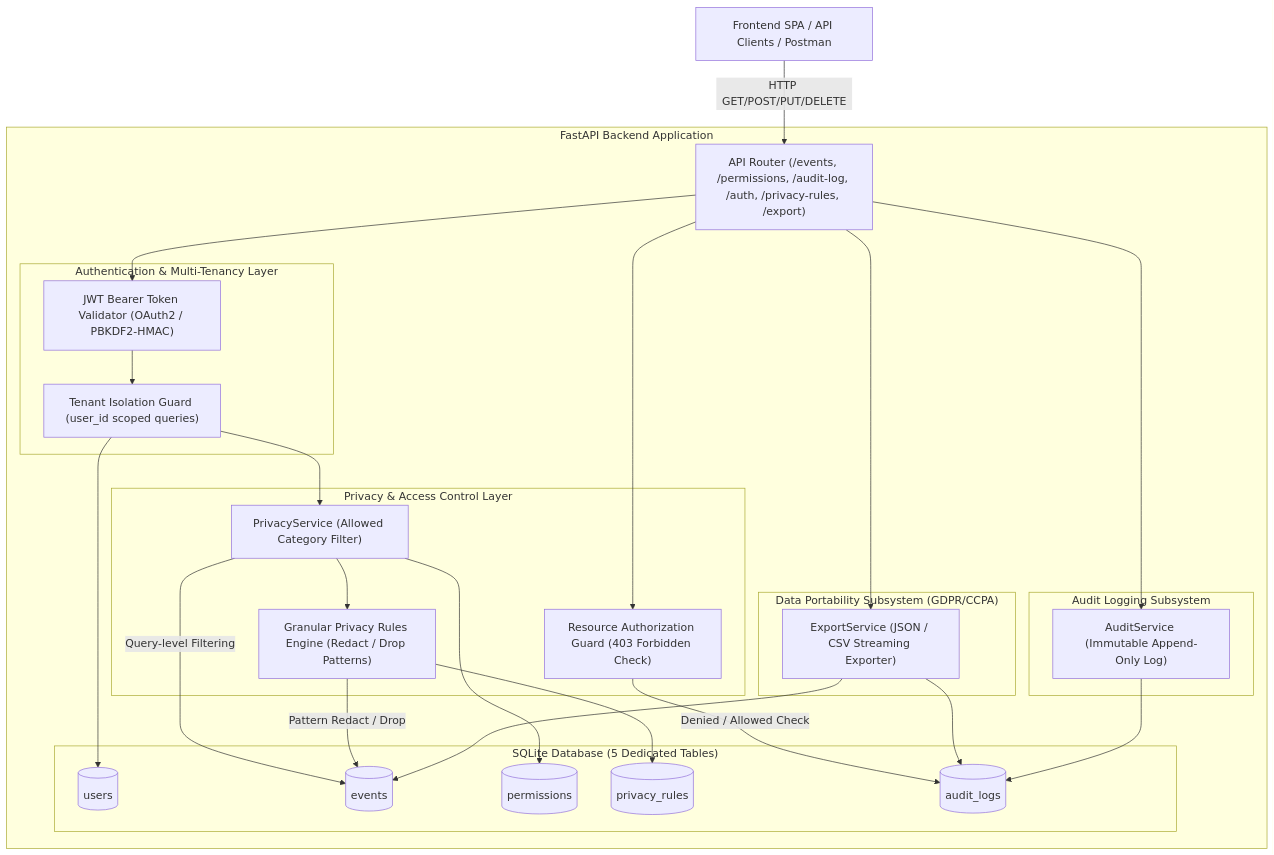
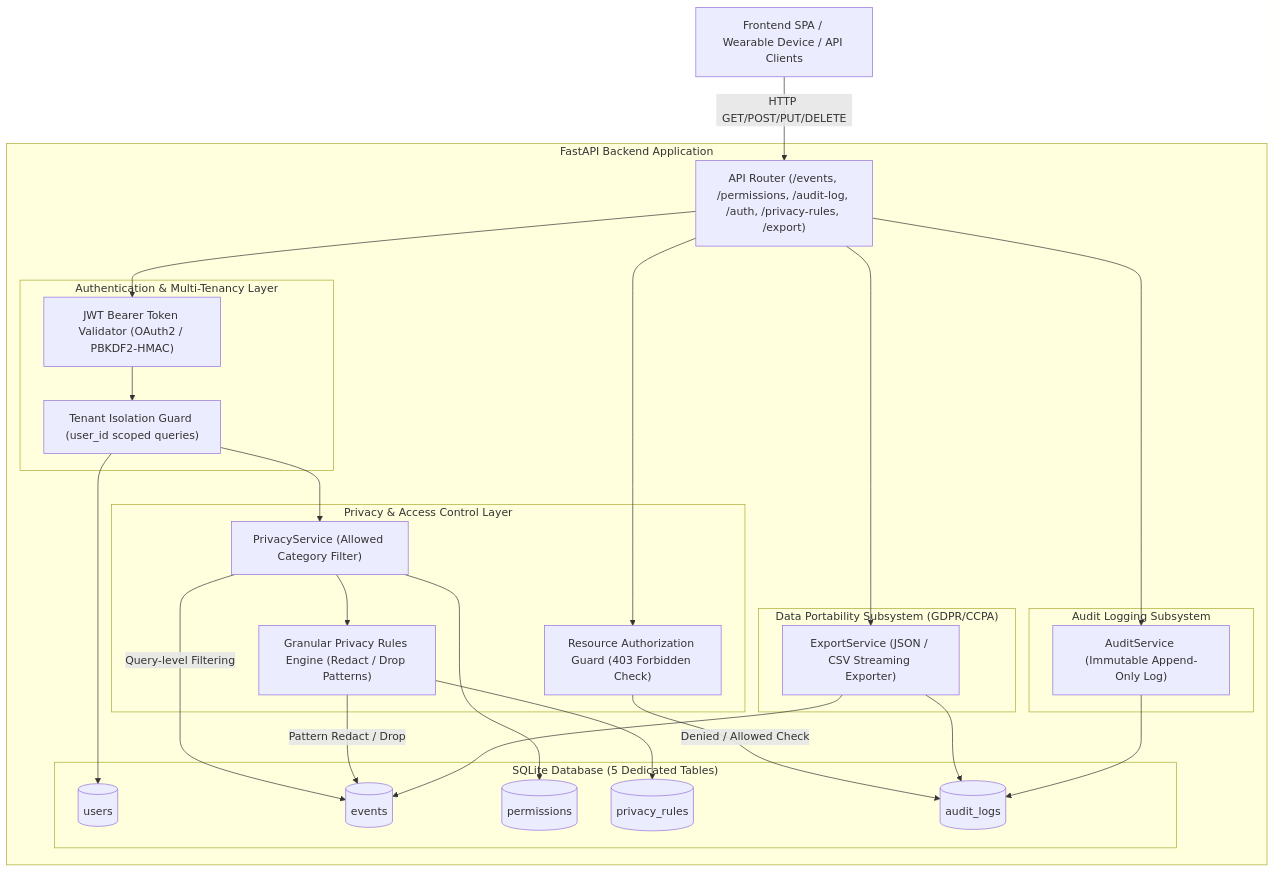
The diagram in README.md (RamanujAgrawal/Mini-Privacy-Aware-Memory-Timeline), drawn with Mermaid before and after one commit. The commit also changed other lines of this file and 12 other files, not shown here.

Commit message:
refactor: humanize code comments, add architectural explanations and edge-case documentation across backend services and readme

````diff
--- a/README.md
+++ b/README.md
@@ -9,53 +21,53 @@
 ```mermaid
 flowchart TD
-    Client["Frontend SPA / API Clients / Postman"]
+    Client["Frontend SPA / Wearable Device / API Clients"]
     
     subgraph Backend ["FastAPI Backend Application"]
         Router["API Router (/events, /permissions, /audit-log, /auth, /privacy-rules, /export)"]
         
         subgraph AuthTenantEngine ["Authentication & Multi-Tenancy Layer"]
             JWT["JWT Bearer Token Validator (OAuth2 / PBKDF2-HMAC)"]
             Tenant["Tenant Isolation Guard (user_id scoped queries)"]
         end
 
         subgraph PrivacyEngine ["Privacy & Access Control Layer"]
             Policy["PrivacyService (Allowed Category Filter)"]
             GranularRules["Granular Privacy Rules Engine (Redact / Drop Patterns)"]
             Guard["Resource Authorization Guard (403 Forbidden Check)"]
         end
         
         subgraph ExportEngine ["Data Portability Subsystem (GDPR/CCPA)"]
             Exporter["ExportService (JSON / CSV Streaming Exporter)"]
         end
 
         subgraph AuditEngine ["Audit Logging Subsystem"]
             Audit["AuditService (Immutable Append-Only Log)"]
         end
         
         subgraph DB ["SQLite Database (5 Dedicated Tables)"]
             Users[("users")]
             Events[("events")]
             Permissions[("permissions")]
             PrivacyRules[("privacy_rules")]
             AuditLogs[("audit_logs")]
         end
     end
 
     Client -->|HTTP GET/POST/PUT/DELETE| Router
     Router --> JWT
     JWT --> Tenant
     Tenant --> Policy
     Policy -->|Query-level Filtering| Events
     Policy --> GranularRules
     GranularRules -->|Pattern Redact / Drop| Events
     Router --> Guard
     Guard -->|Denied / Allowed Check| AuditLogs
     Router --> Exporter
     Exporter --> Events
     Exporter --> AuditLogs
     Router --> Audit
     Audit --> AuditLogs
     Policy --> Permissions
     GranularRules --> PrivacyRules
     Tenant --> Users
 ```
````
